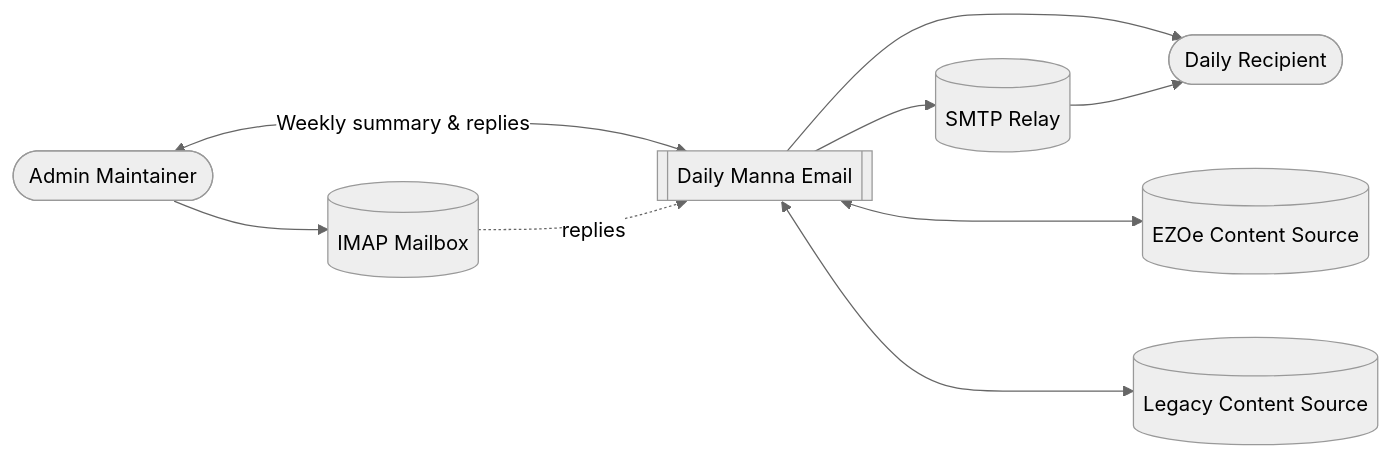
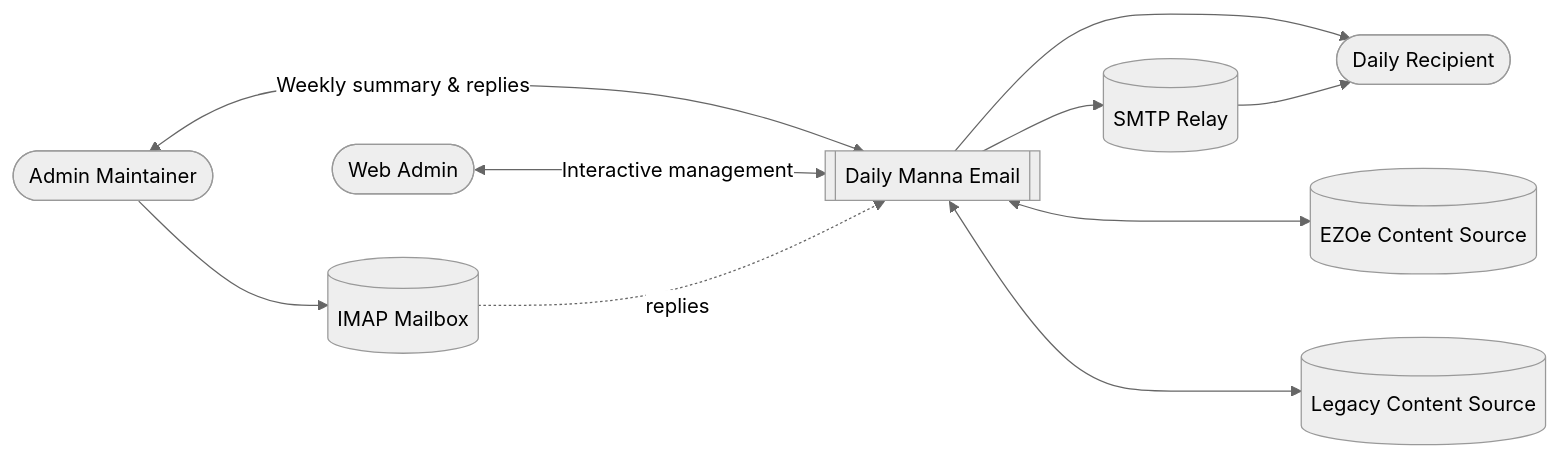
One commit to HananiahKao/daily-manna-email changed the first of 3 diagrams in SYSTEM_C4.md. Above: the diagram before and after it, drawn with Mermaid (neutral theme). The commit also changed other lines of this file, not shown here.

First line of the commit message:
📝 docs(c4): update C4 model to include Web Dashboard container

````diff
--- a/SYSTEM_C4.md
+++ b/SYSTEM_C4.md
@@ -13,18 +14,20 @@
 ```mermaid
 flowchart LR
     Admin([Admin Maintainer])
+    WebAdmin([Web Admin])
     Recipient([Daily Recipient])
     System[[Daily Manna Email]]
     SMTP[(SMTP Relay)]
     IMAP[(IMAP Mailbox)]
     Ezoe[(EZOe Content Source)]
     Legacy[(Legacy Content Source)]
 
     Admin <-- Weekly summary & replies --> System
+    WebAdmin <-- Interactive management --> System
     System --> Recipient
     System --> SMTP
     SMTP --> Recipient
     Admin --> IMAP -. replies .-> System
     System <---> Ezoe
     System <---> Legacy
 ```
````
